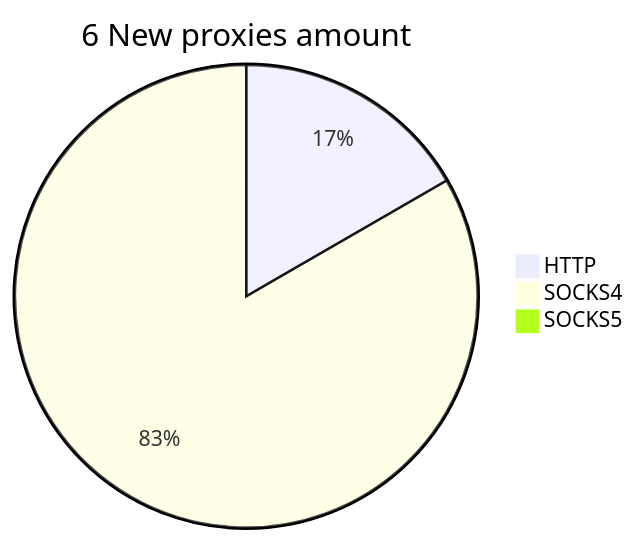
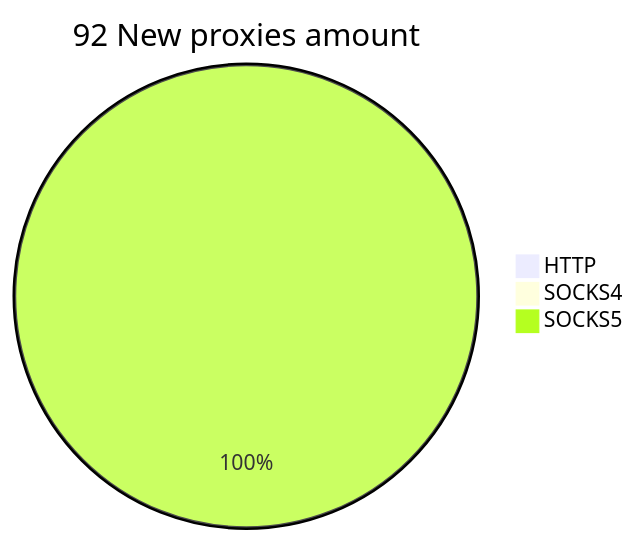
One commit to cutipu/proxylist changed the second of 2 diagrams in README.md. Above: the diagram before and after it, drawn with Mermaid. The commit also changed other lines of this file, not shown here.

````diff
--- a/README.md
+++ b/README.md
@@ -10,6 +10,6 @@
 ```mermaid
-pie title 6 New proxies amount
-    "HTTP" : 1
-    "SOCKS4" : 5
-    "SOCKS5" : 0
+pie title 92 New proxies amount
+    "HTTP" : 0
+    "SOCKS4" : 0
+    "SOCKS5" : 92
 ```
````
